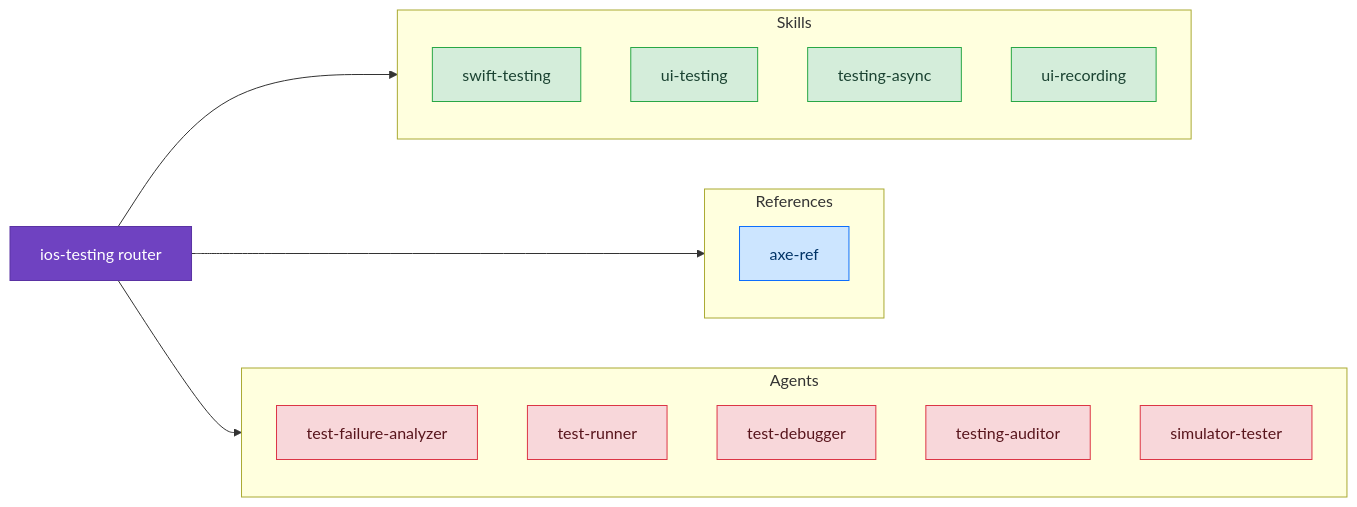
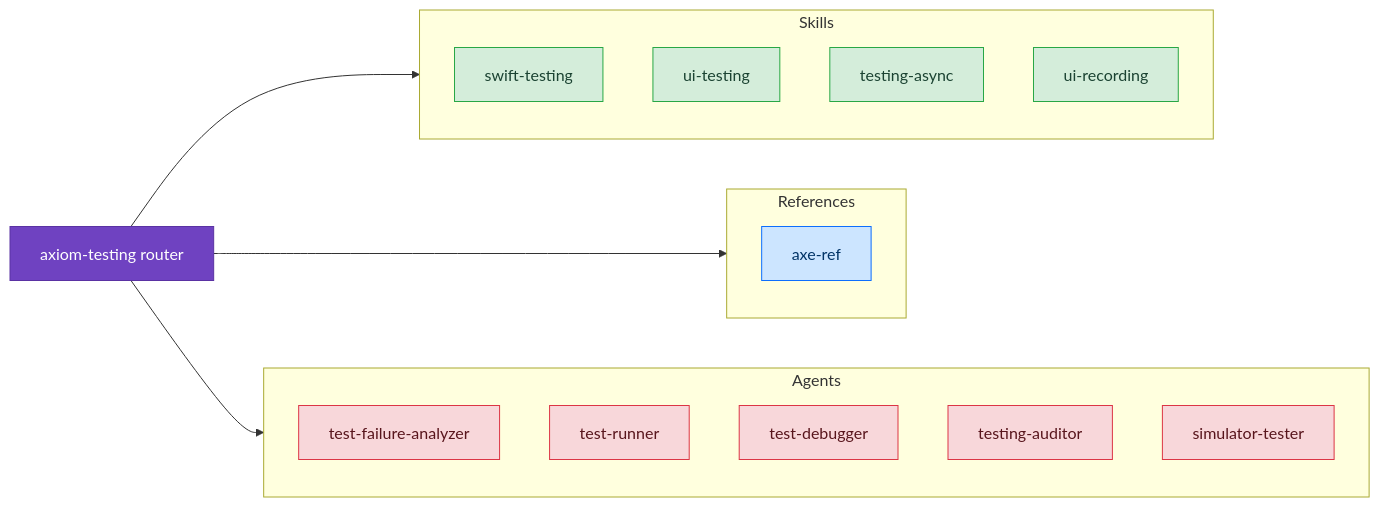
The diagram in docs/skills/testing/index.md (CharlesWiltgen/Axiom), drawn with Mermaid before and after one commit. The commit also changed 11 other files, not shown here.

First line of the commit message:
fix(docs): replace all stale ios-* references with axiom-* names

````diff
--- a/docs/skills/testing/index.md
+++ b/docs/skills/testing/index.md
@@ -5,31 +5,31 @@
 ```mermaid
 flowchart LR
     classDef router fill:#6f42c1,stroke:#5a32a3,color:#fff
     classDef discipline fill:#d4edda,stroke:#28a745,color:#1b4332
     classDef reference fill:#cce5ff,stroke:#0d6efd,color:#003366
     classDef agent fill:#f8d7da,stroke:#dc3545,color:#58151c
 
-    axiom_ios_testing["ios-testing router"]:::router
+    axiom_testing["axiom-testing router"]:::router
 
     subgraph skills_d["Skills"]
         swift_testing["swift-testing"]:::discipline
         ui_testing["ui-testing"]:::discipline
         testing_async["testing-async"]:::discipline
         ui_recording["ui-recording"]:::discipline
     end
-    axiom_ios_testing --> skills_d
+    axiom_testing --> skills_d
 
     subgraph skills_r["References"]
         axe_ref["axe-ref"]:::reference
     end
-    axiom_ios_testing --> skills_r
+    axiom_testing --> skills_r
 
     subgraph agents_sg["Agents"]
         agent_tfa["test-failure-analyzer"]:::agent
         agent_tr["test-runner"]:::agent
         agent_td["test-debugger"]:::agent
         agent_ta["testing-auditor"]:::agent
         agent_st["simulator-tester"]:::agent
     end
-    axiom_ios_testing --> agents_sg
+    axiom_testing --> agents_sg
 ```
````
